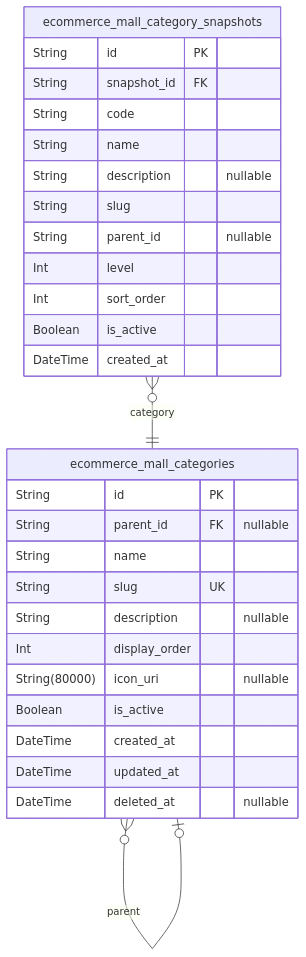
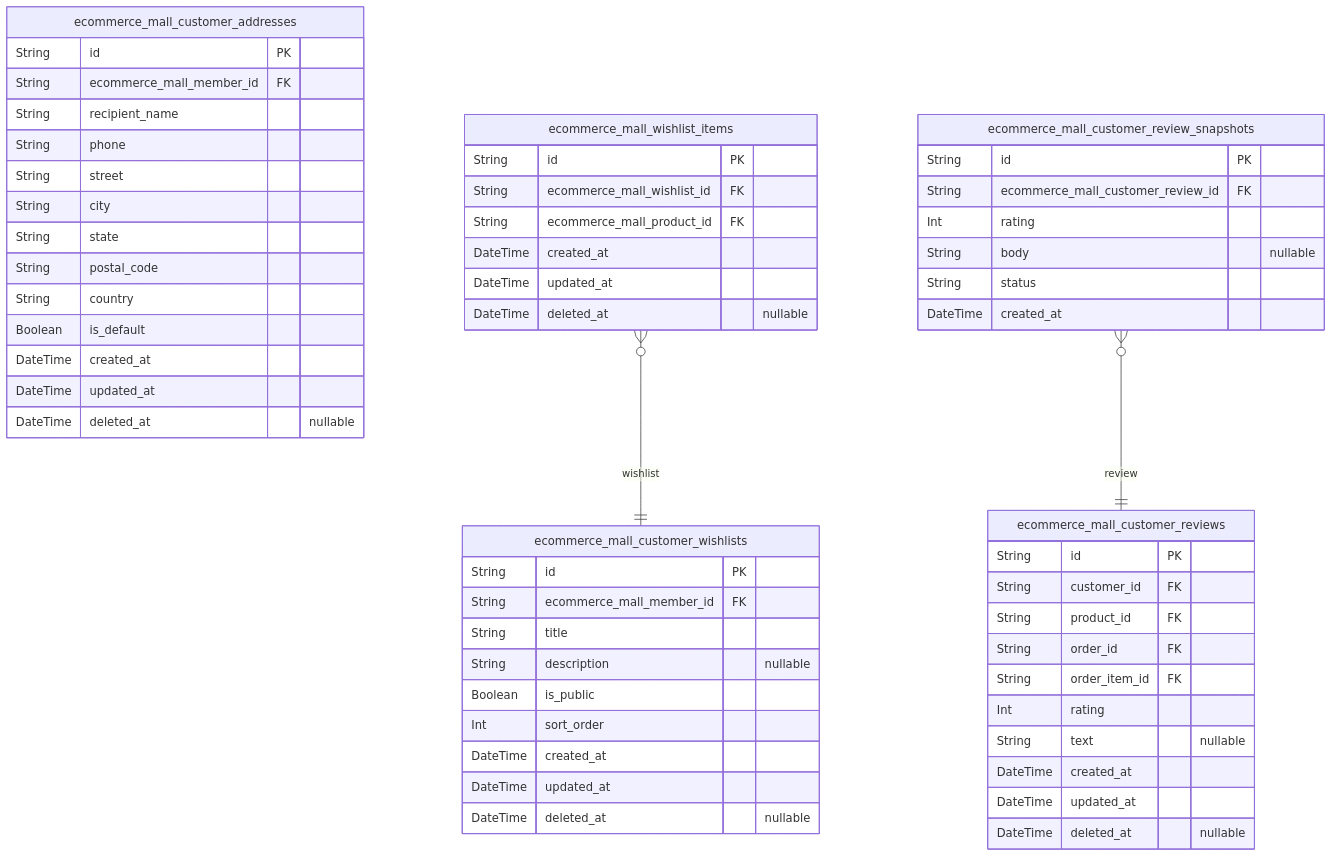
Before and after one commit to wrtnlabs/autobe-examples: the second of 8 diagrams in qwen/qwen3.5-35b-a3b/shopping/docs/ERD.md, drawn with Mermaid. The commit also changed other lines of this file and 32093 other files, not shown here.

````diff
--- a/qwen/qwen3.5-35b-a3b/shopping/docs/ERD.md
+++ b/qwen/qwen3.5-35b-a3b/shopping/docs/ERD.md
@@ -812,31 +1059,59 @@
 ```mermaid
 erDiagram
-"ecommerce_mall_categories" {
+"ecommerce_mall_customer_addresses" {
   String id PK
-  String parent_id FK "nullable"
-  String name
-  String slug UK
-  String description "nullable"
-  Int display_order
-  String(80000) icon_uri "nullable"
-  Boolean is_active
+  String ecommerce_mall_member_id FK
+  String recipient_name
+  String phone
+  String street
+  String city
+  String state
+  String postal_code
+  String country
+  Boolean is_default
   DateTime created_at
   DateTime updated_at
   DateTime deleted_at "nullable"
 }
-"ecommerce_mall_category_snapshots" {
+"ecommerce_mall_customer_wishlists" {
   String id PK
-  String snapshot_id FK
-  String code
-  String name
+  String ecommerce_mall_member_id FK
+  String title
   String description "nullable"
-  String slug
-  String parent_id "nullable"
-  Int level
+  Boolean is_public
   Int sort_order
-  Boolean is_active
+  DateTime created_at
+  DateTime updated_at
+  DateTime deleted_at "nullable"
+}
+"ecommerce_mall_wishlist_items" {
+  String id PK
+  String ecommerce_mall_wishlist_id FK
+  String ecommerce_mall_product_id FK
+  DateTime created_at
+  DateTime updated_at
+  DateTime deleted_at "nullable"
+}
+"ecommerce_mall_customer_reviews" {
+  String id PK
+  String customer_id FK
+  String product_id FK
+  String order_id FK
+  String order_item_id FK
+  Int rating
+  String text "nullable"
+  DateTime created_at
+  DateTime updated_at
+  DateTime deleted_at "nullable"
+}
+"ecommerce_mall_customer_review_snapshots" {
+  String id PK
+  String ecommerce_mall_customer_review_id FK
+  Int rating
+  String body "nullable"
+  String status
   DateTime created_at
 }
-"ecommerce_mall_categories" }o--o| "ecommerce_mall_categories" : parent
-"ecommerce_mall_category_snapshots" }o--|| "ecommerce_mall_categories" : category
+"ecommerce_mall_wishlist_items" }o--|| "ecommerce_mall_customer_wishlists" : wishlist
+"ecommerce_mall_customer_review_snapshots" }o--|| "ecommerce_mall_customer_reviews" : review
 ```
````
